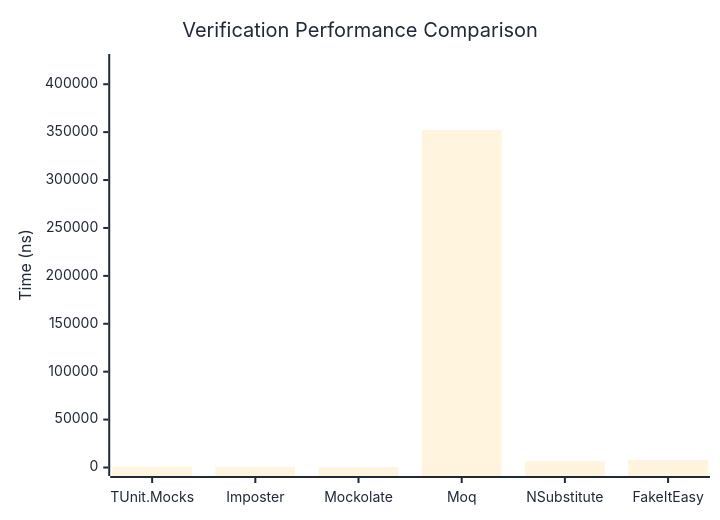
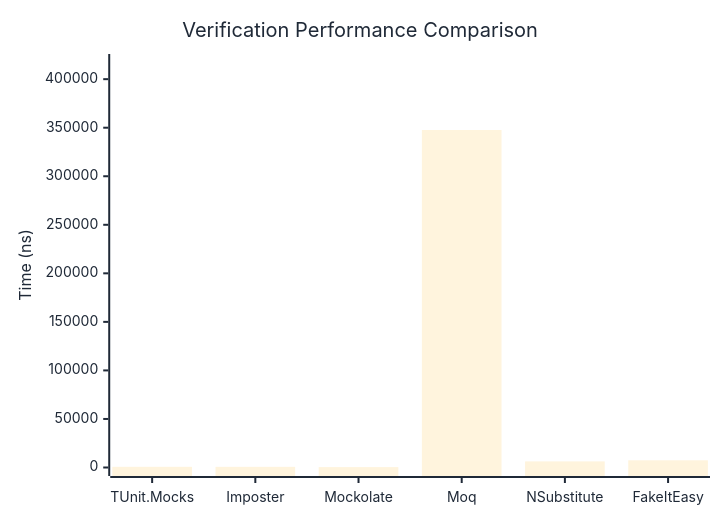
Before and after one commit to thomhurst/TUnit: the first of 3 diagrams in docs/docs/benchmarks/mocks/Verification.md, drawn with Mermaid. The commit also changed other lines of this file and 14 other files, not shown here.

````diff
--- a/docs/docs/benchmarks/mocks/Verification.md
+++ b/docs/docs/benchmarks/mocks/Verification.md
@@ -30,27 +30,27 @@
 ```mermaid
 %%{init: {
   'theme':'base',
   'themeVariables': {
     'primaryColor': '#2563eb',
     'primaryTextColor': '#1f2937',
     'primaryBorderColor': '#1e40af',
     'lineColor': '#6b7280',
     'secondaryColor': '#7c3aed',
     'tertiaryColor': '#dc2626',
     'background': '#ffffff',
     'pie1': '#2563eb',
     'pie2': '#7c3aed',
     'pie3': '#dc2626',
     'pie4': '#f59e0b',
     'pie5': '#10b981',
     'pie6': '#06b6d4',
     'pie7': '#ec4899',
     'pie8': '#6366f1'
   }
 }}%%
 xychart-beta
   title "Verification Performance Comparison"
   x-axis ["TUnit.Mocks", "Imposter", "Mockolate", "Moq", "NSubstitute", "FakeItEasy"]
-  y-axis "Time (ns)" 0 --> 422674
-  bar [745.25, 707, 414.7, 352228.21, 6649.92, 7861.88]
+  y-axis "Time (ns)" 0 --> 417163
+  bar [689.1, 684.66, 406.49, 347635.64, 6283.63, 7407.38]
 ```
````
